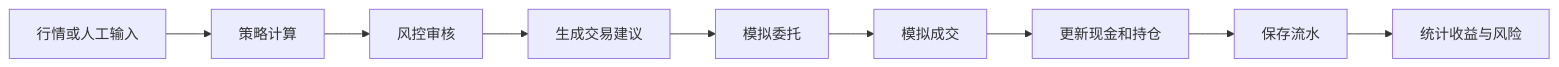
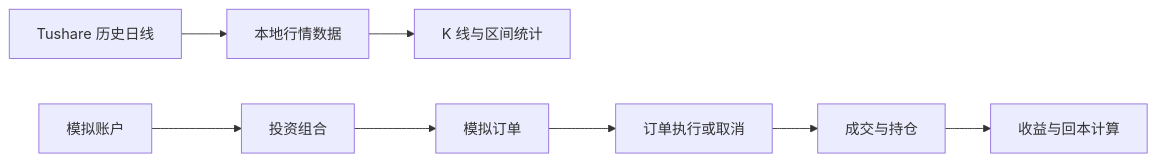
Before and after one commit to vanyiung/Project: the diagram in projects/quantguard/ARCHITECTURE.md, drawn with Mermaid. The commit also changed other lines of this file and 21 other files, not shown here.

````diff
--- a/projects/quantguard/ARCHITECTURE.md
+++ b/projects/quantguard/ARCHITECTURE.md
@@ -20,11 +39,10 @@
 ```mermaid
 flowchart LR
-    A["行情或人工输入"] --> B["策略计算"]
-    B --> C["风控审核"]
-    C --> D["生成交易建议"]
-    D --> E["模拟委托"]
-    E --> F["模拟成交"]
-    F --> G["更新现金和持仓"]
-    G --> H["保存流水"]
-    H --> I["统计收益与风险"]
+    A["Tushare 历史日线"] --> B["本地行情数据"]
+    B --> C["K 线与区间统计"]
+    D["模拟账户"] --> E["投资组合"]
+    E --> F["模拟订单"]
+    F --> G["订单执行或取消"]
+    G --> H["成交与持仓"]
+    H --> I["收益与回本计算"]
 ```
````
